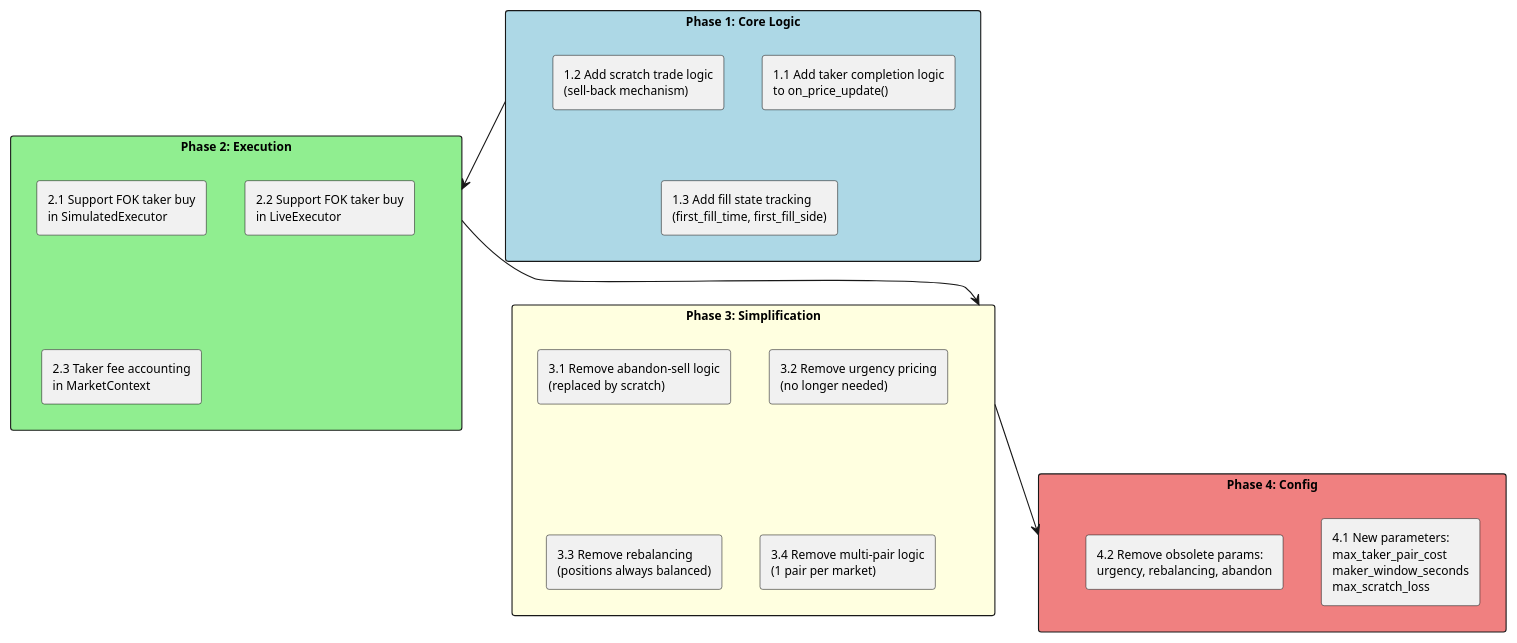
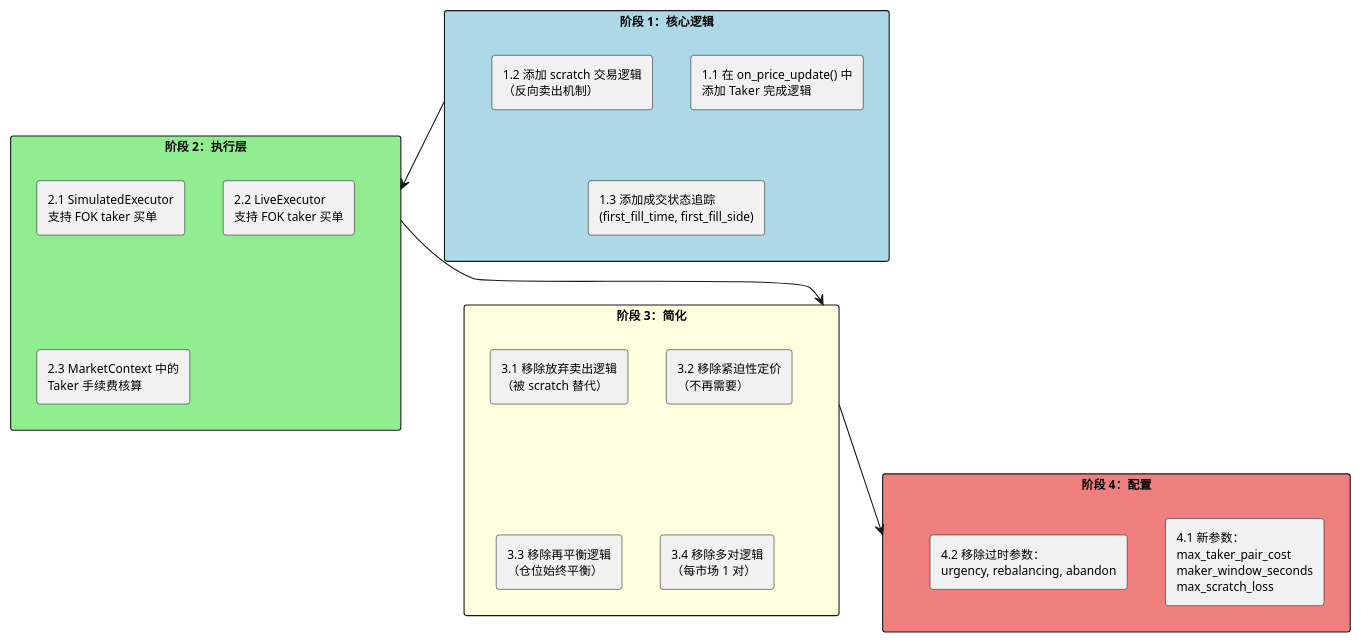
Before and after one commit to jsyqrt/polymoney: the tenth of 10 diagrams in docs/strategy-first-principles.md, drawn with PlantUML. The commit also changed other lines of this file, not shown here.

````diff
--- a/docs/strategy-first-principles.md
+++ b/docs/strategy-first-principles.md
@@ -815,33 +815,33 @@
 ```plantuml
 @startuml implementation_plan
 skinparam rectangleFontSize 11
 
-rectangle "Phase 1: Core Logic" as P1 #lightblue {
-  rectangle "1.1 Add taker completion logic\nto on_price_update()" as T11
-  rectangle "1.2 Add scratch trade logic\n(sell-back mechanism)" as T12
-  rectangle "1.3 Add fill state tracking\n(first_fill_time, first_fill_side)" as T13
+rectangle "阶段 1：核心逻辑" as P1 #lightblue {
+  rectangle "1.1 在 on_price_update() 中\n添加 Taker 完成逻辑" as T11
+  rectangle "1.2 添加 scratch 交易逻辑\n（反向卖出机制）" as T12
+  rectangle "1.3 添加成交状态追踪\n(first_fill_time, first_fill_side)" as T13
 }
 
-rectangle "Phase 2: Execution" as P2 #lightgreen {
-  rectangle "2.1 Support FOK taker buy\nin SimulatedExecutor" as T21
-  rectangle "2.2 Support FOK taker buy\nin LiveExecutor" as T22
-  rectangle "2.3 Taker fee accounting\nin MarketContext" as T23
+rectangle "阶段 2：执行层" as P2 #lightgreen {
+  rectangle "2.1 SimulatedExecutor\n支持 FOK taker 买单" as T21
+  rectangle "2.2 LiveExecutor\n支持 FOK taker 买单" as T22
+  rectangle "2.3 MarketContext 中的\nTaker 手续费核算" as T23
 }
 
-rectangle "Phase 3: Simplification" as P3 #lightyellow {
-  rectangle "3.1 Remove abandon-sell logic\n(replaced by scratch)" as T31
-  rectangle "3.2 Remove urgency pricing\n(no longer needed)" as T32
-  rectangle "3.3 Remove rebalancing\n(positions always balanced)" as T33
-  rectangle "3.4 Remove multi-pair logic\n(1 pair per market)" as T34
+rectangle "阶段 3：简化" as P3 #lightyellow {
+  rectangle "3.1 移除放弃卖出逻辑\n（被 scratch 替代）" as T31
+  rectangle "3.2 移除紧迫性定价\n（不再需要）" as T32
+  rectangle "3.3 移除再平衡逻辑\n（仓位始终平衡）" as T33
+  rectangle "3.4 移除多对逻辑\n（每市场 1 对）" as T34
 }
 
-rectangle "Phase 4: Config" as P4 #lightcoral {
-  rectangle "4.1 New parameters:\nmax_taker_pair_cost\nmaker_window_seconds\nmax_scratch_loss" as T41
-  rectangle "4.2 Remove obsolete params:\nurgency, rebalancing, abandon" as T42
+rectangle "阶段 4：配置" as P4 #lightcoral {
+  rectangle "4.1 新参数：\nmax_taker_pair_cost\nmaker_window_seconds\nmax_scratch_loss" as T41
+  rectangle "4.2 移除过时参数：\nurgency, rebalancing, abandon" as T42
 }
 
 P1 -down-> P2
 P2 -down-> P3
 P3 -down-> P4
 @enduml
 ```
````
